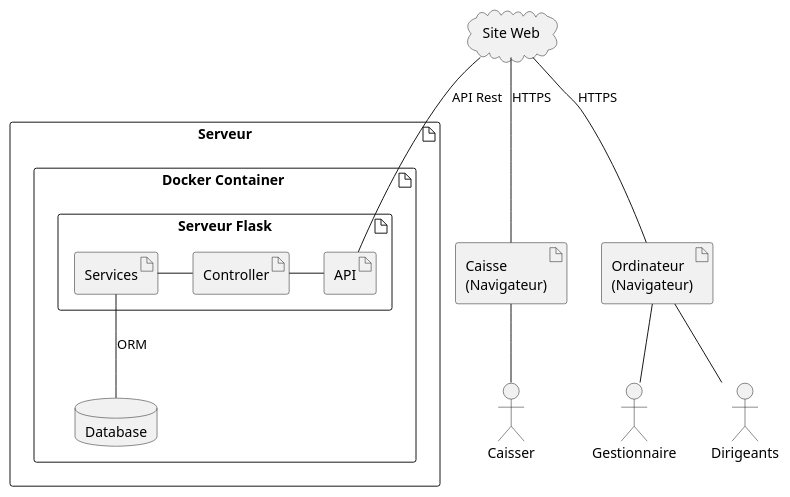
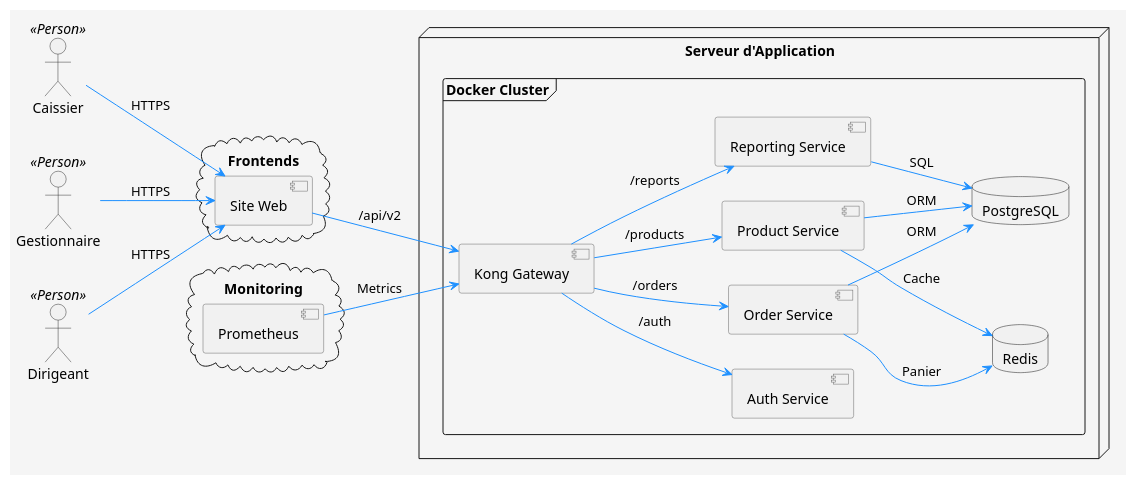
Before and after one commit to ErwanDerrien/GestionnaireMagasin: the diagram in documentation/UML/Physique/DeploymentView.puml, drawn with PlantUML. The commit also changed 14 other files, not shown here.

```diff
--- a/documentation/UML/Physique/DeploymentView.puml
+++ b/documentation/UML/Physique/DeploymentView.puml
@@ -1,36 +1,59 @@
 @startuml Deployment View
-actor Caisser as car
-actor Gestionnaire as ge
-actor Dirigeants as di
 
+skinparam {
+    BackgroundColor #F5F5F5
+    ActorBorderColor #333
+    ComponentBorderColor #666
+    ArrowColor #1E90FF
+}
 
-cloud "Site Web" as sw
+left to right direction
 
-artifact "Caisse\n(Navigateur)" as ca
-artifact "Ordinateur\n(Navigateur)" as or
+actor Caissier as caissier <<Person>>
+actor Gestionnaire as gestionnaire <<Person>>
+actor Dirigeant as dirigeant <<Person>>
 
-artifact Serveur {
-    artifact "Docker Container " {
-        artifact "Serveur Flask" {
-            artifact API as api
-            artifact Controller as co
-            artifact Services as se
-        }
-        database Database as db
+cloud "Frontends" {
+    component "Site Web" as site
+}
+
+node "Serveur d'Application" {
+    frame "Docker Cluster" {
+        [Kong Gateway] as kong
+        [Auth Service] as auth
+        [Order Service] as order
+        [Product Service] as product
+        [Reporting Service] as report
+
+        database "PostgreSQL" as pg
+        database "Redis" as redis
     }
 }
 
-co - api
-se - co
-se -- db : "ORM"
+' Connexions
 
-sw -- api : "API Rest"
+caissier --> site : HTTPS
+gestionnaire --> site : HTTPS
+dirigeant --> site : HTTPS
 
-sw -- or : "HTTPS"
-sw -- ca : "HTTPS"
+site --> kong : /api/v2
 
-ca -- car
-or -- ge
-or -- di
+kong --> auth : /auth
+kong --> order : /orders
+kong --> product : /products
+kong --> report : /reports
+
+order --> pg : ORM
+product --> pg : ORM
+report --> pg : SQL
+
+order --> redis : Panier
+product --> redis : Cache
+
+cloud "Monitoring" {
+    [Prometheus] as prom
+}
+
+prom --> kong : Metrics
 
 @enduml
```
